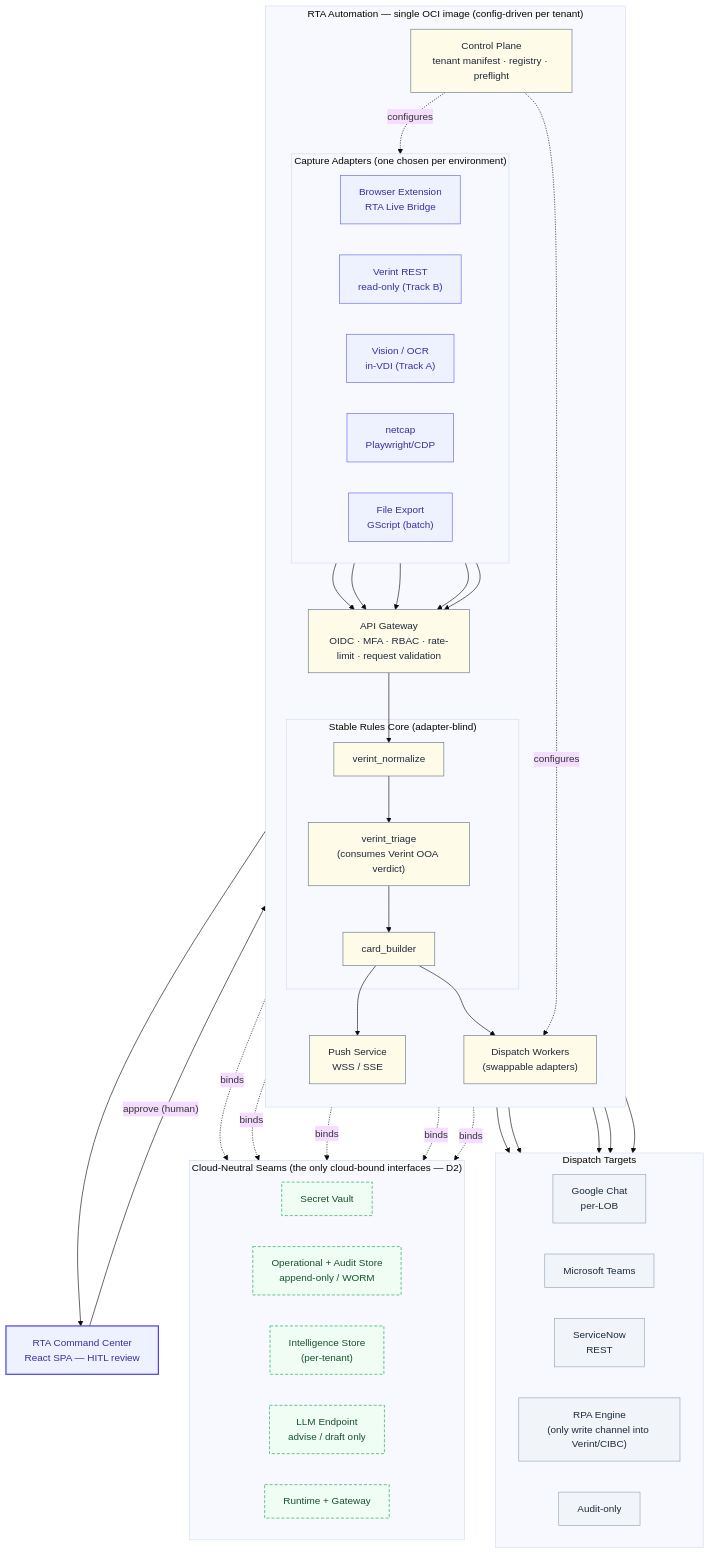
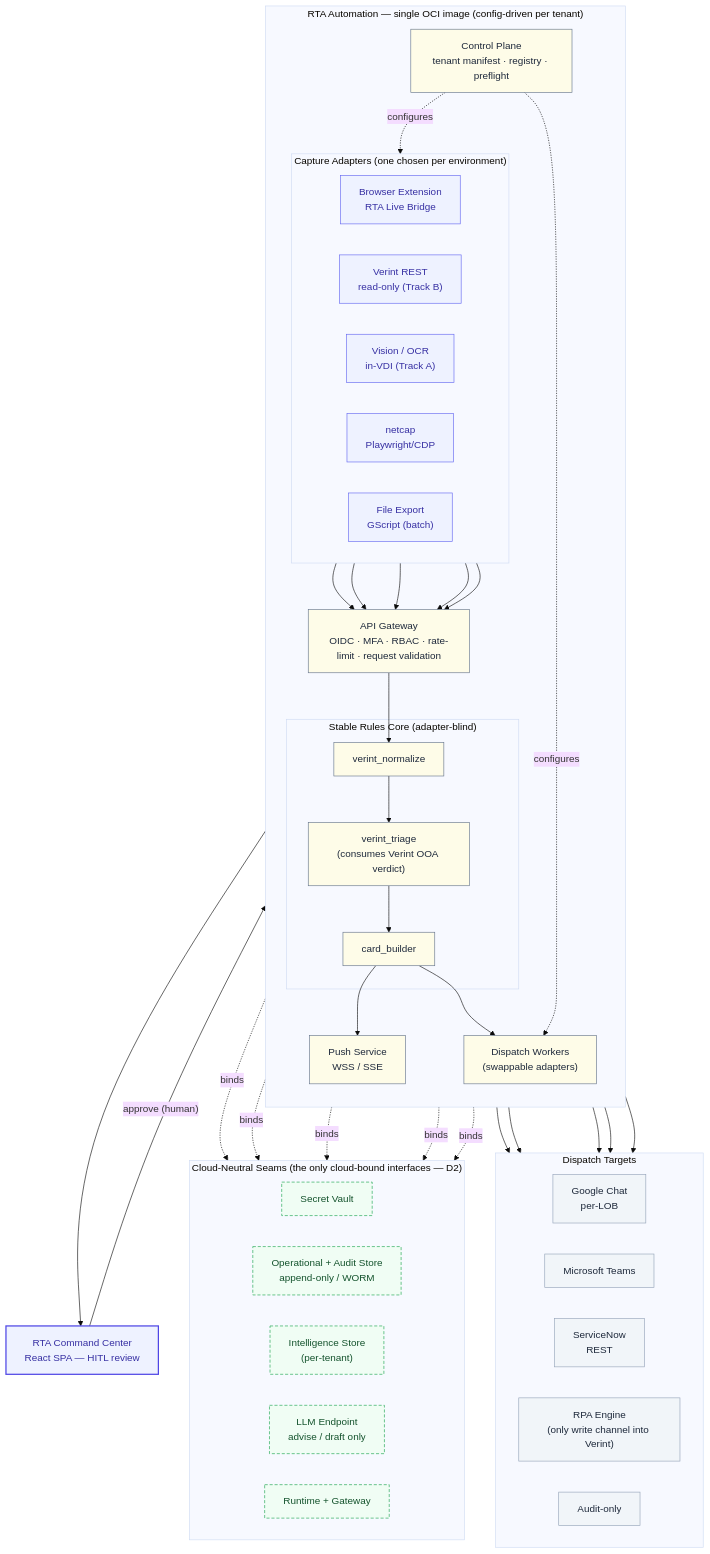
The second of 2 diagrams in POC_Redefined/docs/engineering/SYSTEM_ARCHITECTURE.md (MateusPoatek/RTA_Command_Center), drawn with Mermaid (base theme) before and after one commit. The commit also changed other lines of this file and 150 other files, not shown here.

```diff
--- a/POC_Redefined/docs/engineering/SYSTEM_ARCHITECTURE.md
+++ b/POC_Redefined/docs/engineering/SYSTEM_ARCHITECTURE.md
@@ -140,7 +140,7 @@
         Chat["Google Chat\nper-LOB"]
         Teams["Microsoft Teams"]
         SNOW["ServiceNow\nREST"]
-        RPA["RPA Engine\n(only write channel into Verint/CIBC)"]
+        RPA["RPA Engine\n(only write channel into Verint)"]
         Audit["Audit-only"]
     end
 
```
